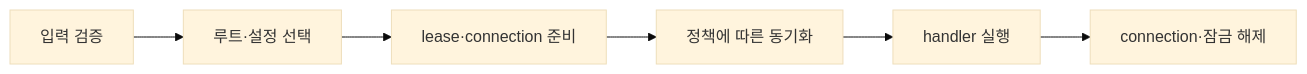
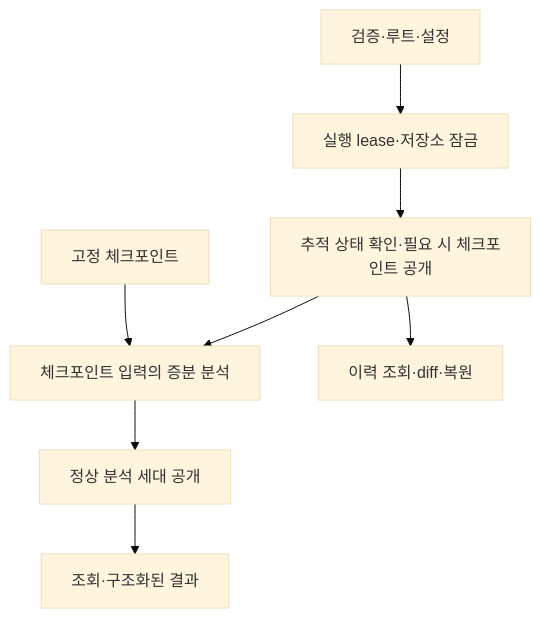
The second of 2 diagrams in docs/architecture.md (keonho-kim/kodstar), drawn with Mermaid (base theme) before and after one commit. The commit also changed other lines of this file and 261 other files, not shown here.

````diff
--- a/docs/architecture.md
+++ b/docs/architecture.md
@@ -139,8 +212,10 @@
 ```mermaid
-flowchart LR
-    VALIDATE[입력 검증] --> SELECT[루트·설정 선택]
-    SELECT --> PREPARE[lease·connection 준비]
-    PREPARE --> SYNC[정책에 따른 동기화]
-    SYNC --> EXECUTE[handler 실행]
-    EXECUTE --> RELEASE[connection·잠금 해제]
+flowchart TD
+    COMMAND[검증·루트·설정] --> LEASE[실행 lease·저장소 잠금]
+    LEASE --> CAPTURE[추적 상태 확인·필요 시 체크포인트 공개]
+    CAPTURE --> ANALYSIS[체크포인트 입력의 증분 분석]
+    ANALYSIS --> GENERATION[정상 분석 세대 공개]
+    GENERATION --> RESULT[조회·구조화된 결과]
+    CAPTURE --> HISTORY[이력 조회·diff·복원]
+    REVISION[고정 체크포인트] --> ANALYSIS
 ```
````
